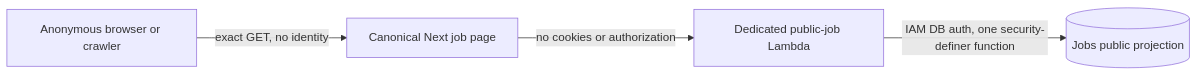
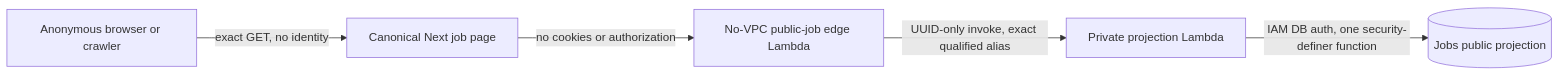
The eighth of 8 diagrams in docs/security/data-flow-and-classification.md (Vrixic/project-ai-job-apply), drawn with Mermaid before and after one commit. The commit also changed other lines of this file and 39 other files, not shown here.

````diff
--- a/docs/security/data-flow-and-classification.md
+++ b/docs/security/data-flow-and-classification.md
@@ -239,6 +239,7 @@
 ```mermaid
 flowchart LR
   Browser[Anonymous browser or crawler] -->|exact GET, no identity| Web[Canonical Next job page]
-  Web -->|no cookies or authorization| Reader[Dedicated public-job Lambda]
+  Web -->|no cookies or authorization| Edge[No-VPC public-job edge Lambda]
+  Edge -->|UUID-only invoke, exact qualified alias| Reader[Private projection Lambda]
   Reader -->|IAM DB auth, one security-definer function| Jobs[(Jobs public projection)]
 ```
````
